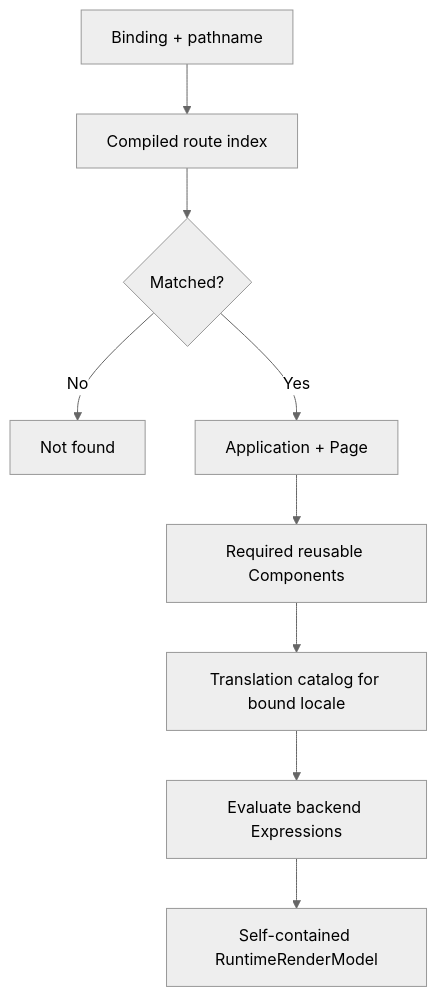
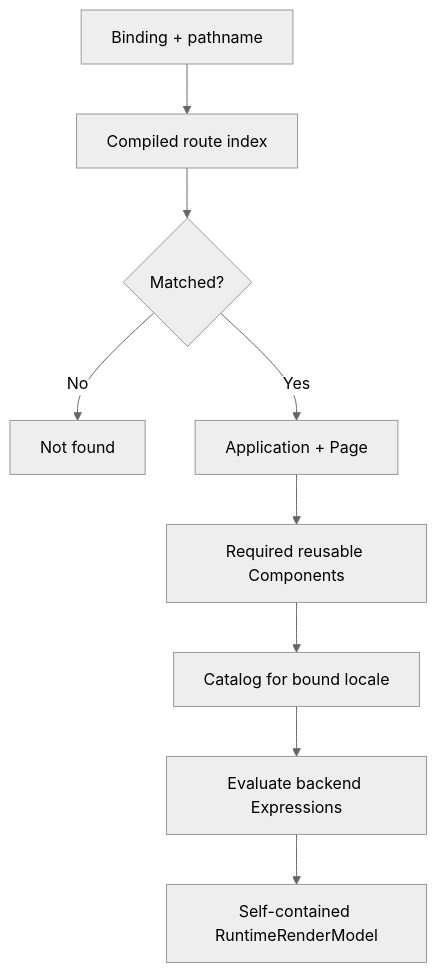
One commit to taskmigo/docs changed the sixth of 13 diagrams in content/versions/v0/developer/resource-runtime.mdx. Above: the diagram before and after it, drawn with Mermaid (neutral theme). The commit also changed other lines of this file, not shown here.

````diff
--- a/content/versions/v0/developer/resource-runtime.mdx
+++ b/content/versions/v0/developer/resource-runtime.mdx
@@ -168,11 +146,11 @@
 ```mermaid
 flowchart TD
   input["Binding + pathname"] --> route["Compiled route index"]
   route --> found{"Matched?"}
   found -->|"No"| notfound["Not found"]
   found -->|"Yes"| page["Application + Page"]
   page --> component["Required reusable Components"]
-  component --> translation["Translation catalog for bound locale"]
+  component --> translation["Catalog for bound locale"]
   translation --> expression["Evaluate backend Expressions"]
   expression --> model["Self-contained RuntimeRenderModel"]
 ```
````
